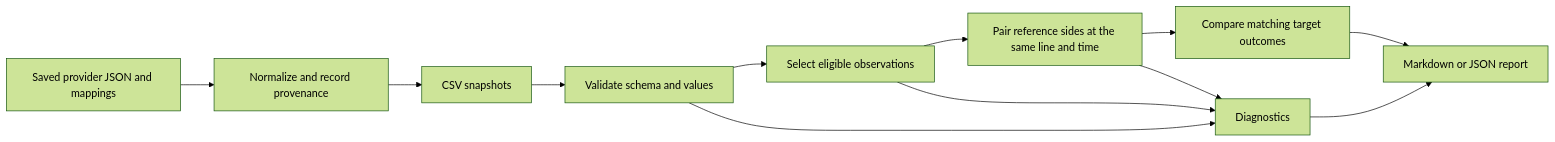
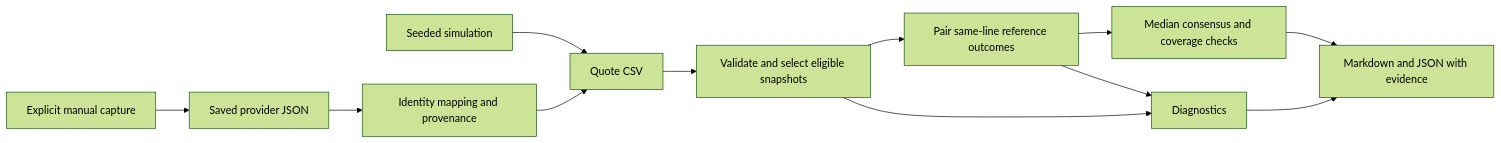
One commit to samuelfrey98/odds-analysis changed the diagram in README.md. Above: the diagram before and after it, drawn with Mermaid (forest theme). The commit also changed other lines of this file and 5 other files, not shown here.

````diff
--- a/README.md
+++ b/README.md
@@ -67,14 +80,14 @@
 ```mermaid
 flowchart LR
-    CSV[CSV snapshots] --> Validate[Validate schema and values]
-    JSON[Saved provider JSON and mappings] --> Import[Normalize and record provenance]
+    Sim[Seeded simulation] --> CSV[Quote CSV]
+    Saved[Saved provider JSON] --> Import[Identity mapping and provenance]
+    Live[Explicit manual capture] --> Saved
     Import --> CSV
-    Validate --> Select[Select eligible observations]
-    Select --> Pair[Pair reference sides at the same line and time]
-    Pair --> Compare[Compare matching target outcomes]
-    Compare --> Report[Markdown or JSON report]
+    CSV --> Validate[Validate and select eligible snapshots]
+    Validate --> Pair[Pair same-line reference outcomes]
+    Pair --> Consensus[Median consensus and coverage checks]
+    Consensus --> Report[Markdown and JSON with evidence]
     Validate --> Diagnostics[Diagnostics]
-    Select --> Diagnostics
     Pair --> Diagnostics
     Diagnostics --> Report
 ```
````
